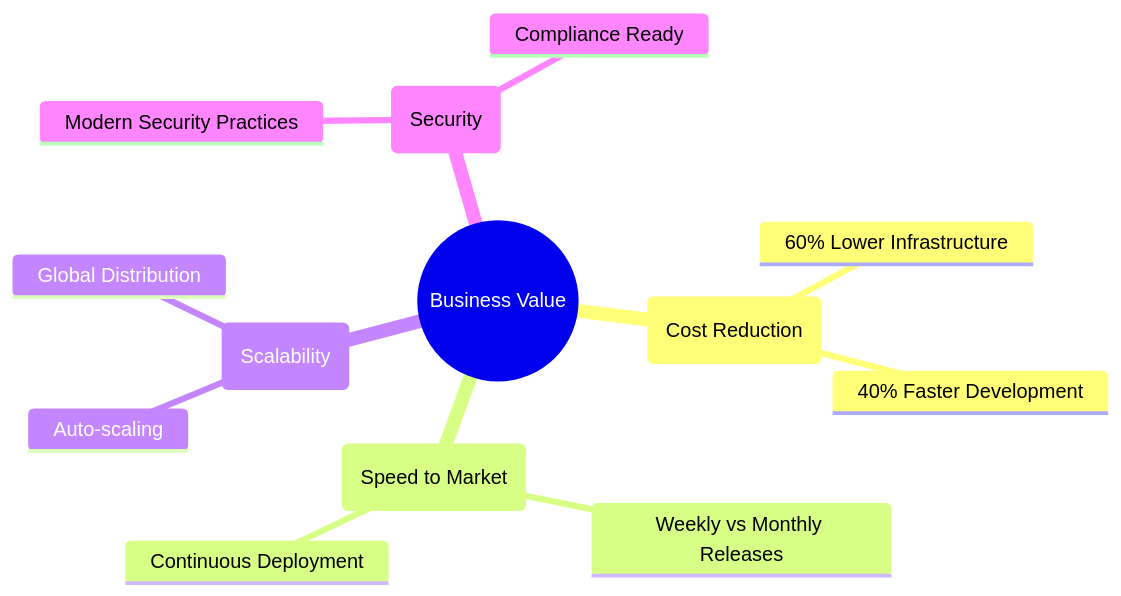
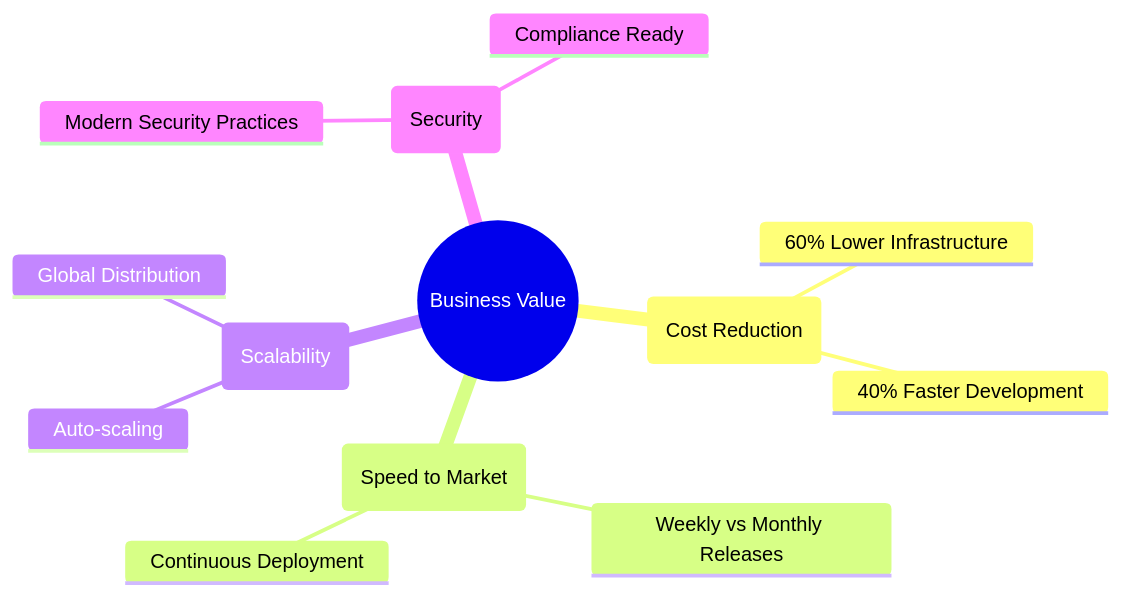
The second of 7 diagrams in SLIDES_MODERNISATION.md (my-janala/app-modernisation-demo), drawn with Mermaid before and after one commit. The commit also changed other lines of this file and 1 other file, not shown here.

````diff
--- a/SLIDES_MODERNISATION.md
+++ b/SLIDES_MODERNISATION.md
@@ -70,16 +71,16 @@
 ```mermaid
 mindmap
-  root((Business Value))
-    (Cost Reduction)
-      60% Lower Infrastructure
-      40% Faster Development
-    (Speed to Market)
-      Weekly vs Monthly Releases
-      Continuous Deployment
-    (Scalability)
-      Auto-scaling
-      Global Distribution
-    (Security)
-      Modern Security Practices
-      Compliance Ready
+    root((Business Value))
+        (Cost Reduction)
+            60% Lower Infrastructure
+            40% Faster Development
+        (Speed to Market)
+            Weekly vs Monthly Releases
+            Continuous Deployment
+        (Scalability)
+            Auto-scaling
+            Global Distribution
+        (Security)
+            Modern Security Practices
+            Compliance Ready
 ```
````
